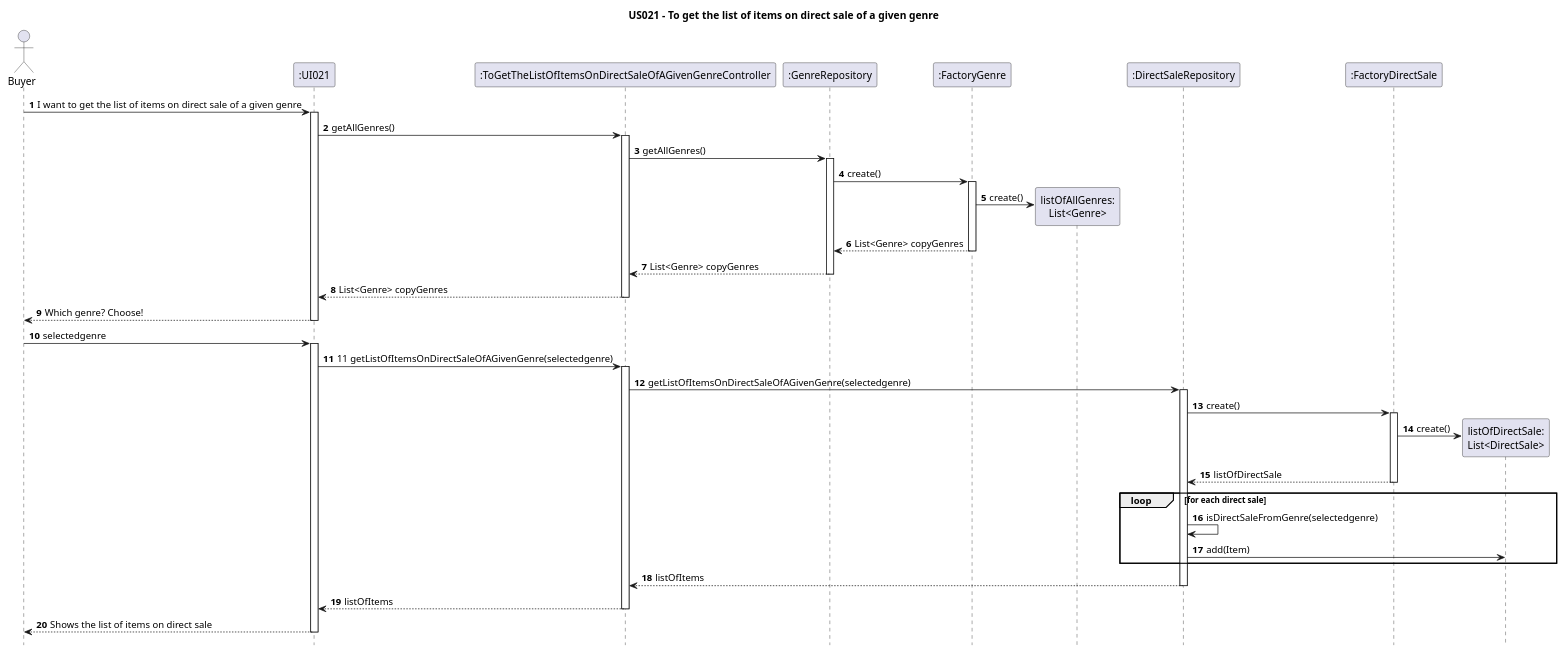
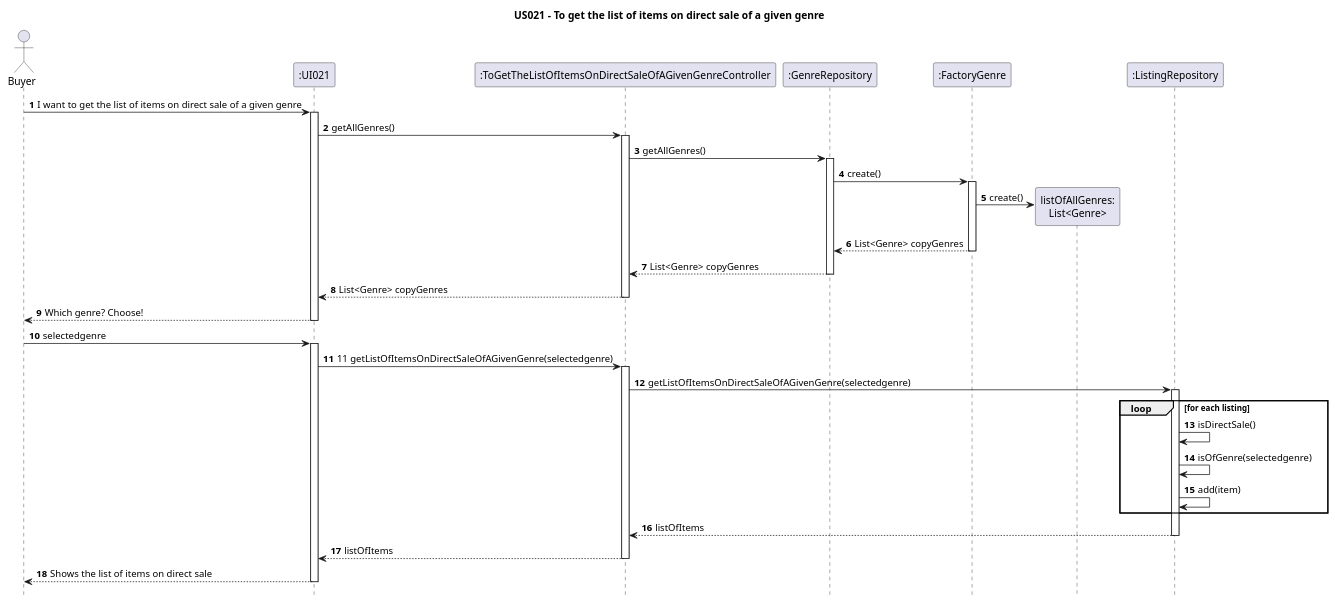
One commit to AndrePereiraGitH/SWitCH-Project-Team_A changed the diagram in Diagrams/SequenceDiagrams/N2/US021-to-get-the-list-of-items-on-direct-sale-of-a-given-genre.puml. Above: the diagram before and after it, drawn with PlantUML. The commit also changed 5 other files, not shown here.

Commit message:
Working on #192, Updated SD and CD to reflect new design for US021 and Updated tests & classes for DirectSaleRepository and ListingRepository

```diff
--- a/Diagrams/SequenceDiagrams/N2/US021-to-get-the-list-of-items-on-direct-sale-of-a-given-genre.puml
+++ b/Diagrams/SequenceDiagrams/N2/US021-to-get-the-list-of-items-on-direct-sale-of-a-given-genre.puml
@@ -1,79 +1,70 @@
 @startuml
 hide footbox
 autonumber
 title US021 - To get the list of items on direct sale of a given genre
 
 actor Buyer
 
 ' Participants
 participant ":UI021" as UI
 participant ":ToGetTheListOfItemsOnDirectSaleOfAGivenGenreController" as Ctrl
 participant ":GenreRepository" as GenreRepo
 participant ":FactoryGenre" as FactoryGenre
 participant "listOfAllGenres:\nList<Genre>" as LG
-participant ":DirectSaleRepository" as DirectSaleRepo
-participant ":FactoryDirectSale" as FactoryDirectSale
-
+participant ":ListingRepository" as ListingRepository
 
 ' Interactions
 
 ' Section 1 - Get all genres
 Buyer -> UI : I want to get the list of items on direct sale of a given genre
 activate UI
 
 UI -> Ctrl : getAllGenres()
 activate Ctrl
 
 Ctrl -> GenreRepo : getAllGenres()
 activate GenreRepo
 
 GenreRepo -> FactoryGenre : create()
 activate FactoryGenre
 
 FactoryGenre -> LG ** : create()
 
 FactoryGenre --> GenreRepo : List<Genre> copyGenres
 deactivate FactoryGenre
 
 GenreRepo --> Ctrl : List<Genre> copyGenres
 deactivate GenreRepo
 
 Ctrl --> UI : List<Genre> copyGenres
 deactivate Ctrl
 
 UI --> Buyer : Which genre? Choose!
 deactivate UI
 
 ' Section 2 - Get list of direct sales with the genre chosen
 Buyer -> UI : selectedgenre
 activate UI
 
 UI -> Ctrl : 11 getListOfItemsOnDirectSaleOfAGivenGenre(selectedgenre)
 activate Ctrl
 
-Ctrl -> DirectSaleRepo : getListOfItemsOnDirectSaleOfAGivenGenre(selectedgenre)
-activate DirectSaleRepo
+Ctrl -> ListingRepository : getListOfItemsOnDirectSaleOfAGivenGenre(selectedgenre)
+activate ListingRepository
 
-DirectSaleRepo -> FactoryDirectSale : create()
-activate FactoryDirectSale
-
-FactoryDirectSale -> "listOfDirectSale:\nList<DirectSale>" ** : create()
-
-FactoryDirectSale --> DirectSaleRepo : listOfDirectSale
-deactivate FactoryDirectSale
-
-loop for each direct sale
-    DirectSaleRepo -> DirectSaleRepo : isDirectSaleFromGenre(selectedgenre)
-    DirectSaleRepo -> "listOfDirectSale:\nList<DirectSale>" : add(Item)
+loop for each listing
+    ListingRepository -> ListingRepository: isDirectSale()
+    ListingRepository -> ListingRepository: isOfGenre(selectedgenre)
+    ListingRepository -> ListingRepository: add(item)
 end
 
-DirectSaleRepo --> Ctrl : listOfItems
-deactivate DirectSaleRepo
+ListingRepository --> Ctrl : listOfItems
+deactivate ListingRepository
 
 Ctrl --> UI : listOfItems
 deactivate Ctrl
 
 UI --> Buyer : Shows the list of items on direct sale
 deactivate UI
 
 @enduml
```
